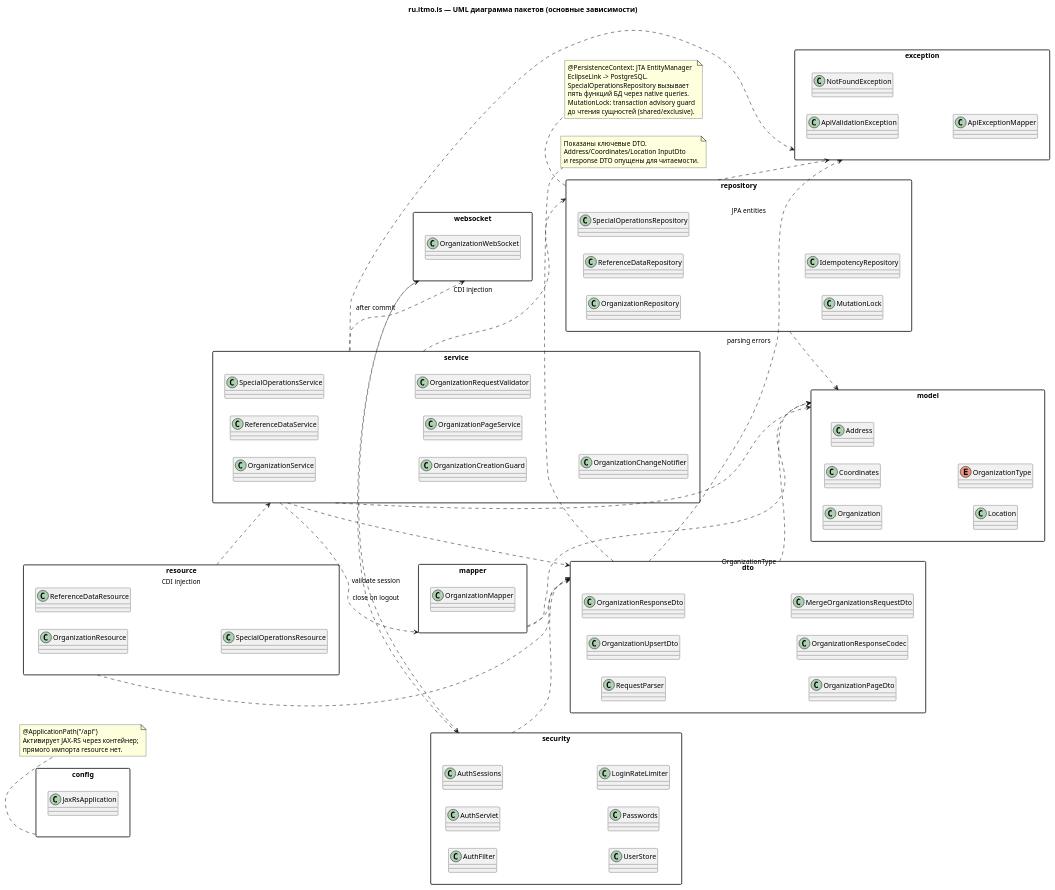
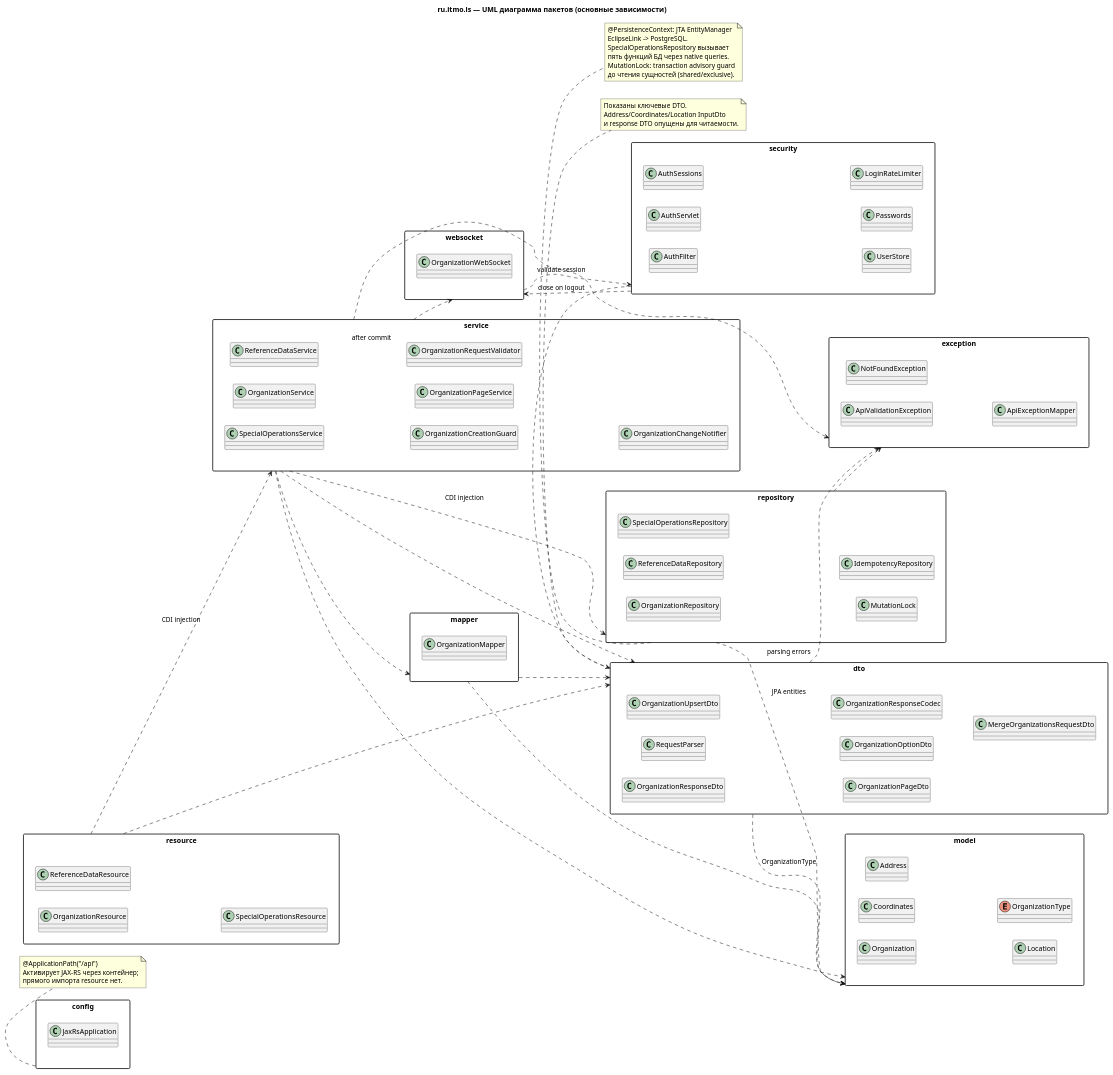
The diagram in diagram/packages.puml (barmichevg/is-lab1), drawn with PlantUML before and after one commit. The commit also changed 167 other files, not shown here.

```diff
--- a/diagram/packages.puml
+++ b/diagram/packages.puml
@@ -1,99 +1,100 @@
 @startuml
  title ru.itmo.is — UML диаграмма пакетов (основные зависимости)
  skinparam packageStyle rectangle
  skinparam shadowing false
  left to right direction
  package "config" as config {
    class JaxRsApplication
  }
  package "resource" as resource {
    class OrganizationResource
    class ReferenceDataResource
    class SpecialOperationsResource
  }
  package "service" as service {
    class OrganizationService
    class ReferenceDataService
    class SpecialOperationsService
    class OrganizationCreationGuard
    class OrganizationPageService
    class OrganizationRequestValidator
    class OrganizationChangeNotifier
  }
  package "repository" as repository {
    class OrganizationRepository
    class ReferenceDataRepository
    class SpecialOperationsRepository
    class MutationLock
    class IdempotencyRepository
  }
  package "mapper" as mapper {
    class OrganizationMapper
  }
  package "dto" as dto {
    class RequestParser
    class OrganizationUpsertDto
    class OrganizationResponseDto
    class OrganizationPageDto
+   class OrganizationOptionDto
    class OrganizationResponseCodec
    class MergeOrganizationsRequestDto
  }
  package "model" as model {
    class Organization
    class Coordinates
    class Address
    class Location
    enum OrganizationType
  }
  package "exception" as exception {
    class ApiValidationException
    class NotFoundException
    class ApiExceptionMapper
  }
  package "security" as security {
    class AuthFilter
    class AuthServlet
    class AuthSessions
    class UserStore
    class Passwords
    class LoginRateLimiter
  }
  package "websocket" as websocket {
    class OrganizationWebSocket
  }
  resource ..> service : CDI injection
  resource ..> dto
  service ..> repository : CDI injection
  service ..> mapper
  service ..> dto
  service ..> model
  service ..> exception
  service ..> websocket : after commit
  repository ..> model : JPA entities
  repository ..> exception
  mapper ..> dto
  mapper ..> model
  dto ..> model : OrganizationType
  dto ..> exception : parsing errors
  security ..> dto
  security ..> websocket : close on logout
  websocket ..> security : validate session
  note bottom of config
    @ApplicationPath("/api")
    Активирует JAX-RS через контейнер;
    прямого импорта resource нет.
  end note
  note bottom of repository
    @PersistenceContext: JTA EntityManager
    EclipseLink -> PostgreSQL.
    SpecialOperationsRepository вызывает
    пять функций БД через native queries.
    MutationLock: transaction advisory guard
    до чтения сущностей (shared/exclusive).
  end note
  note bottom of dto
    Показаны ключевые DTO.
    Address/Coordinates/Location InputDto
    и response DTO опущены для читаемости.
  end note
 @enduml
```
